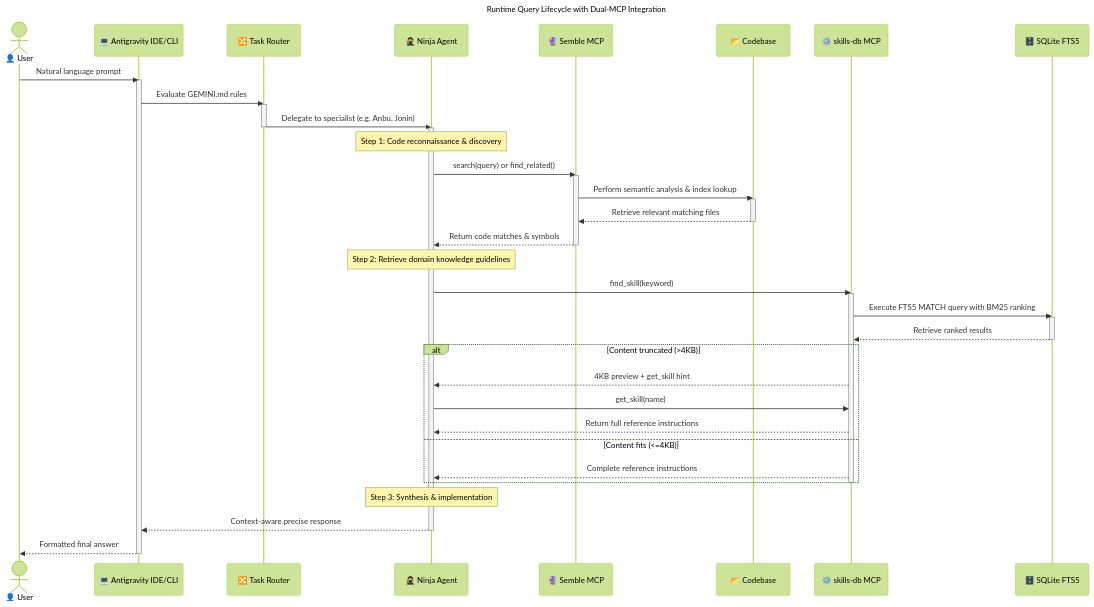
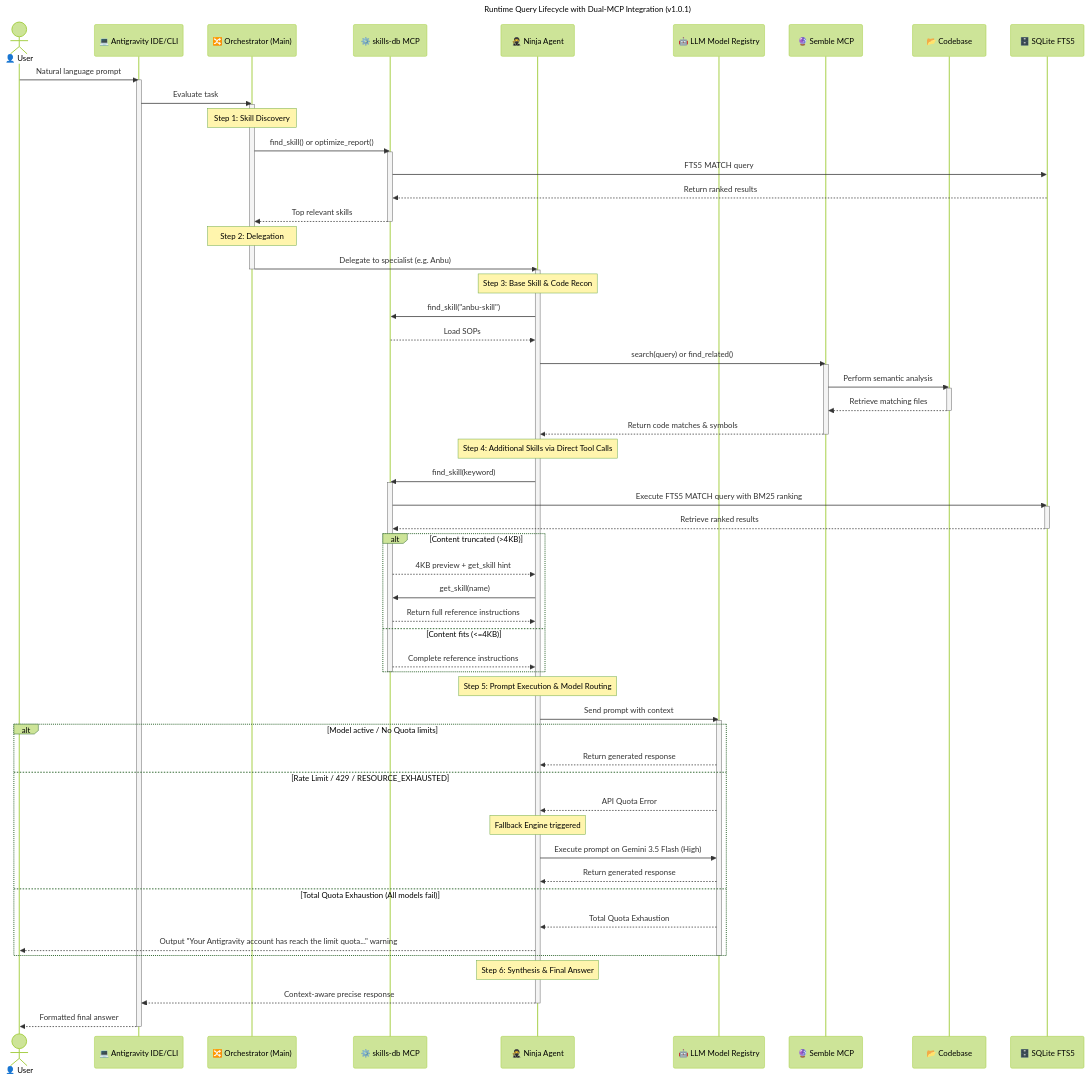
The second of 3 diagrams in README.md (andycungkrinx91/konoha), drawn with Mermaid (forest theme) before and after one commit. The commit also changed other lines of this file and 22 other files, not shown here.

````diff
--- a/README.md
+++ b/README.md
@@ -309,39 +454,54 @@
 ```mermaid
 ---
-title: Runtime Query Lifecycle with Dual-MCP Integration
+title: Runtime Query Lifecycle with Dual-MCP Integration (v1.0.1)
 ---
 sequenceDiagram
     actor User as 👤 User
     participant IDE as 💻 Antigravity IDE/CLI
-    participant Router as 🔀 Task Router
+    participant Router as 🔀 Orchestrator (Main)
+    participant SkillsDB as ⚙️ skills-db MCP
     participant Agent as 🥷 Ninja Agent
+    participant Model as 🤖 LLM Model Registry
     participant Semble as 🔮 Semble MCP
     participant Code as 📂 Codebase
-    participant SkillsDB as ⚙️ skills-db MCP
     participant DB as 🗄️ SQLite FTS5
 
     User->>IDE: Natural language prompt
     activate IDE
-    IDE->>Router: Evaluate GEMINI.md rules
+    IDE->>Router: Evaluate task
     activate Router
 
-    Router->>Agent: Delegate to specialist (e.g. Anbu, Jonin)
+    %% --- Skill Discovery Phase ---
+    Note over Router: Step 1: Skill Discovery
+    Router->>SkillsDB: find_skill() or optimize_report()
+    activate SkillsDB
+    SkillsDB->>DB: FTS5 MATCH query
+    DB-->>SkillsDB: Return ranked results
+    SkillsDB-->>Router: Top relevant skills
+    deactivate SkillsDB
+
+    %% --- Routing Phase ---
+    Note over Router: Step 2: Delegation
+    Router->>Agent: Delegate to specialist (e.g. Anbu)
     deactivate Router
     activate Agent
 
-    %% --- Semble Search Phase ---
-    Note over Agent: Step 1: Code reconnaissance & discovery
+    %% --- Agent Execution Phase ---
+    Note over Agent: Step 3: Base Skill & Code Recon
+    Agent->>SkillsDB: find_skill("anbu-skill")
+    SkillsDB-->>Agent: Load SOPs
+    
     Agent->>Semble: search(query) or find_related()
     activate Semble
-    Semble->>Code: Perform semantic analysis & index lookup
+    Semble->>Code: Perform semantic analysis
     activate Code
-    Code-->>Semble: Retrieve relevant matching files
+    Code-->>Semble: Retrieve matching files
     deactivate Code
     Semble-->>Agent: Return code matches & symbols
     deactivate Semble
 
     %% --- Skills-DB Search Phase ---
-    Note over Agent: Step 2: Retrieve domain knowledge guidelines
+    Note over Agent: Step 4: Additional Skills via Direct Tool Calls
     Agent->>SkillsDB: find_skill(keyword)
     activate SkillsDB
     SkillsDB->>DB: Execute FTS5 MATCH query with BM25 ranking
@@ -358,8 +518,25 @@
     end
     deactivate SkillsDB
 
+    %% --- Model Execution & Fallback ---
+    Note over Agent: Step 5: Prompt Execution & Model Routing
+    Agent->>Model: Send prompt with context
+    activate Model
+    alt Model active / No Quota limits
+        Model-->>Agent: Return generated response
+    else Rate Limit / 429 / RESOURCE_EXHAUSTED
+        Model-->>Agent: API Quota Error
+        Note over Agent: Fallback Engine triggered
+        Agent->>Model: Execute prompt on Gemini 3.5 Flash (High)
+        Model-->>Agent: Return generated response
+    else Total Quota Exhaustion (All models fail)
+        Model-->>Agent: Total Quota Exhaustion
+        Agent-->>User: Output "Your Antigravity account has reach the limit quota..." warning
+    end
+    deactivate Model
+
     %% --- Response Phase ---
-    Note over Agent: Step 3: Synthesis & implementation
+    Note over Agent: Step 6: Synthesis & Final Answer
     Agent-->>IDE: Context-aware precise response
     deactivate Agent
     IDE-->>User: Formatted final answer
````
